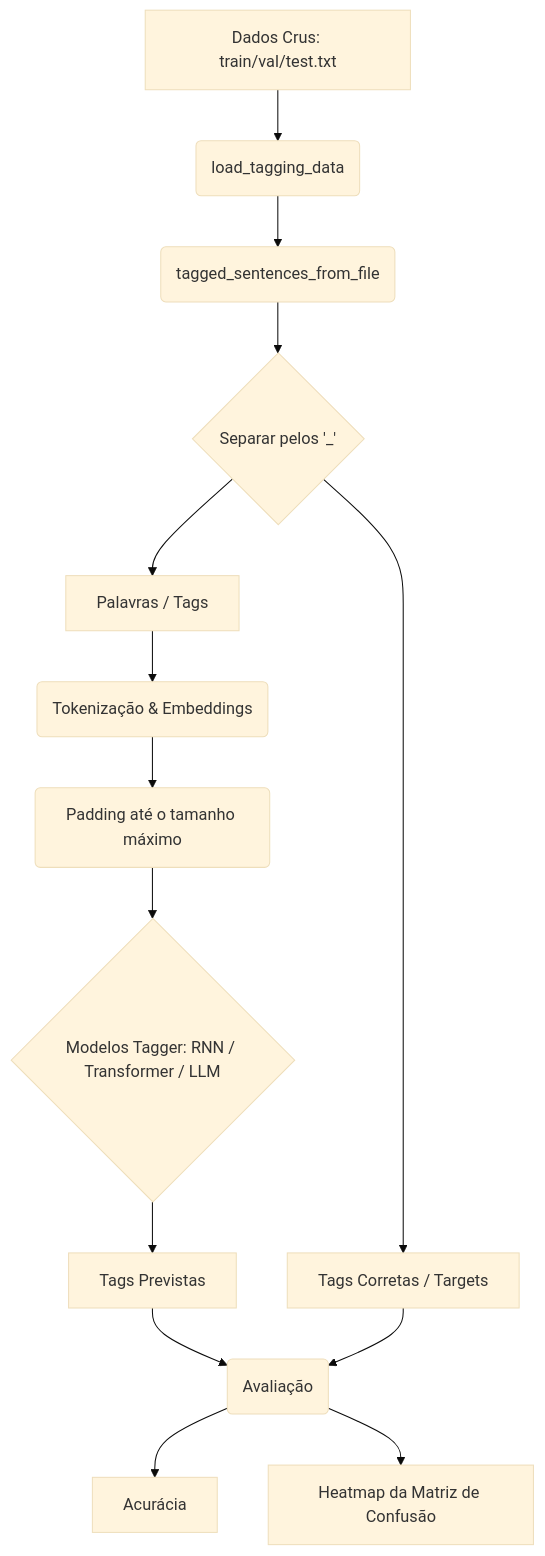
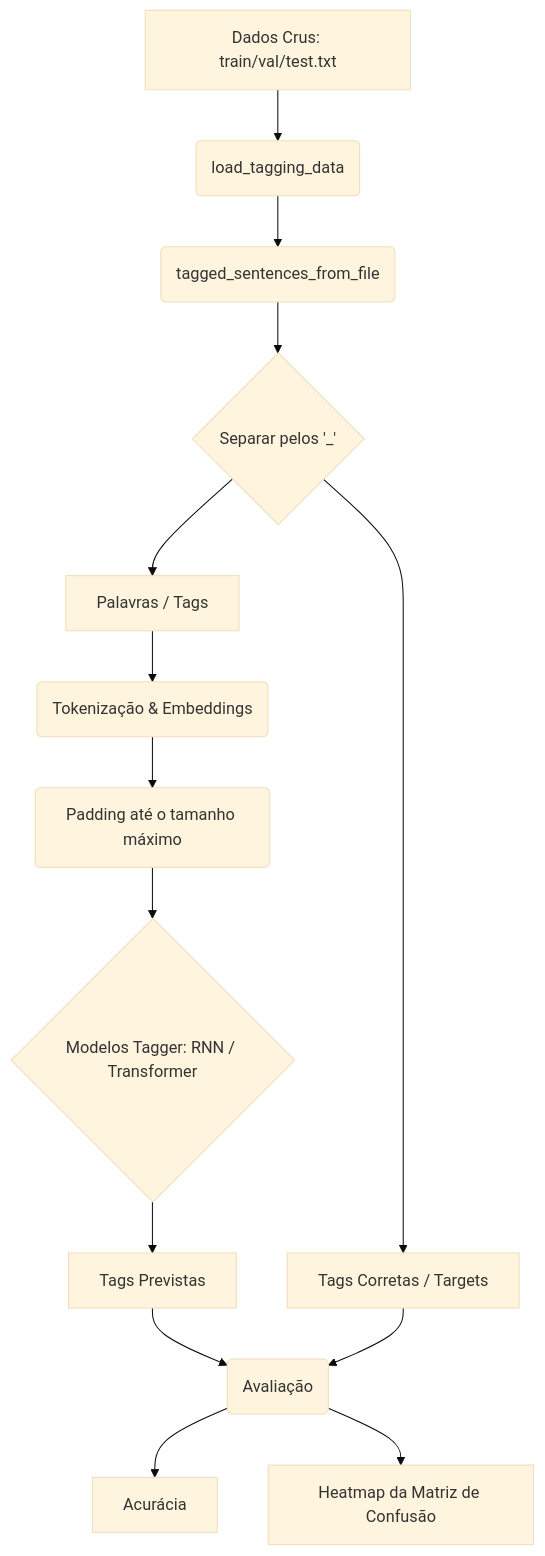
Before and after one commit to lucasaamorim/NLP: the diagram in README.md, drawn with Mermaid (base theme). The commit also changed other lines of this file and 2 other files, not shown here.

````diff
--- a/README.md
+++ b/README.md
@@ -64,16 +42,16 @@
 ```mermaid
 graph TD
     A[Dados Crus: train/val/test.txt] --> B(load_tagging_data)
     B --> C(tagged_sentences_from_file)
     C --> D{Separar pelos '_'}
     D --> E[Palavras / Tags]
     D --> F[Tags Corretas / Targets]
     E --> G(Tokenização & Embeddings)
     G --> H(Padding até o tamanho máximo)
-    H --> I{Modelos Tagger: RNN / Transformer / LLM}
+    H --> I{Modelos Tagger: RNN / Transformer}
     I --> J[Tags Previstas]
     J --> K(Avaliação)
     F --> K
     K --> L[Acurácia]
     K --> M[Heatmap da Matriz de Confusão]
 ```
````
